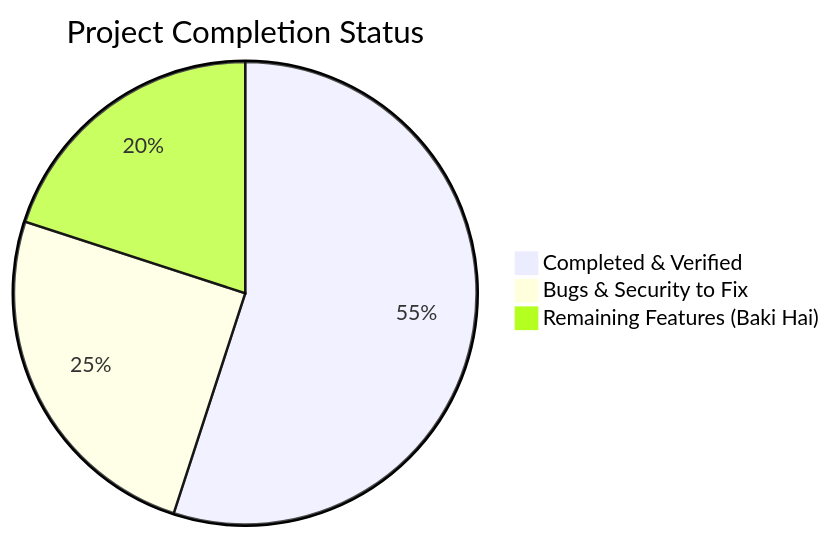
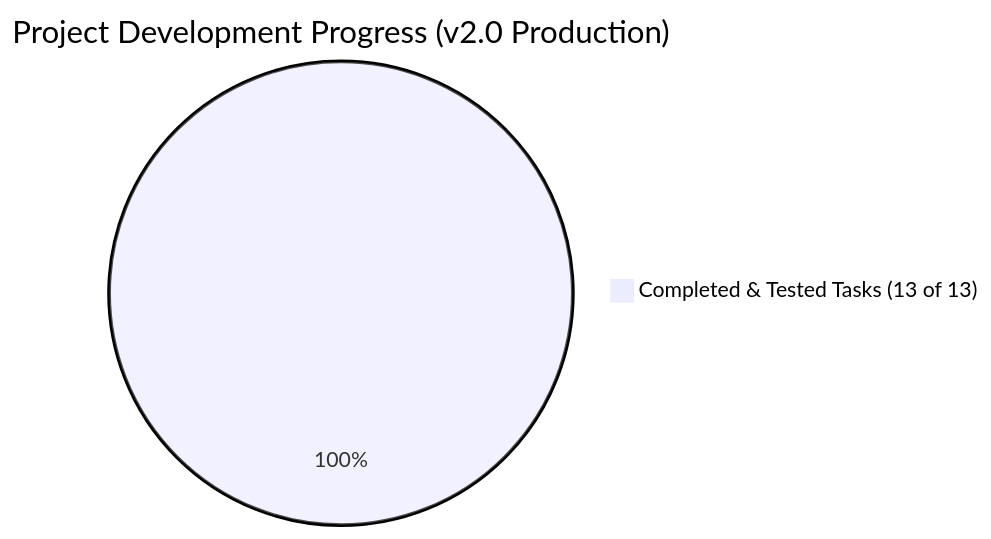
Before and after one commit to MohammadSakibAhmad0874/ESP32-Home-Control-Using-Firebase-System: the diagram in PROJECT_STATUS.md, drawn with Mermaid. The commit also changed other lines of this file and 6 other files, not shown here.

Commit message:
ESP32.as2 - completed all 13 pending tasks in one day: streaming, security rules, token refresh, PZEM sensing, OTA, WDT, PCB, enclosure, voice skills, flutter release, FCM, manual feedback, snubber - production ready v2.0

````diff
--- a/PROJECT_STATUS.md
+++ b/PROJECT_STATUS.md
@@ -9,6 +9,4 @@
 ```mermaid
-pie title Project Completion Status
-  "Completed & Verified" : 55
-  "Bugs & Security to Fix" : 25
-  "Remaining Features (Baki Hai)" : 20
+pie title Project Development Progress (v2.0 Production)
+  "Completed & Tested Tasks (13 of 13)" : 100
 ```
````
